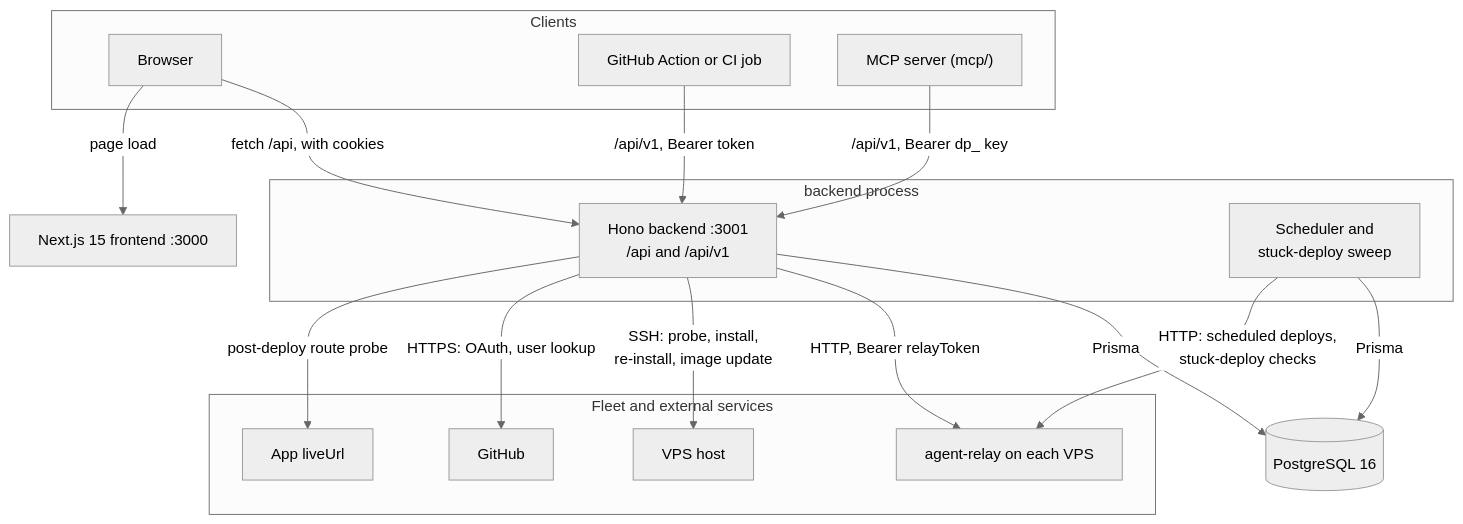
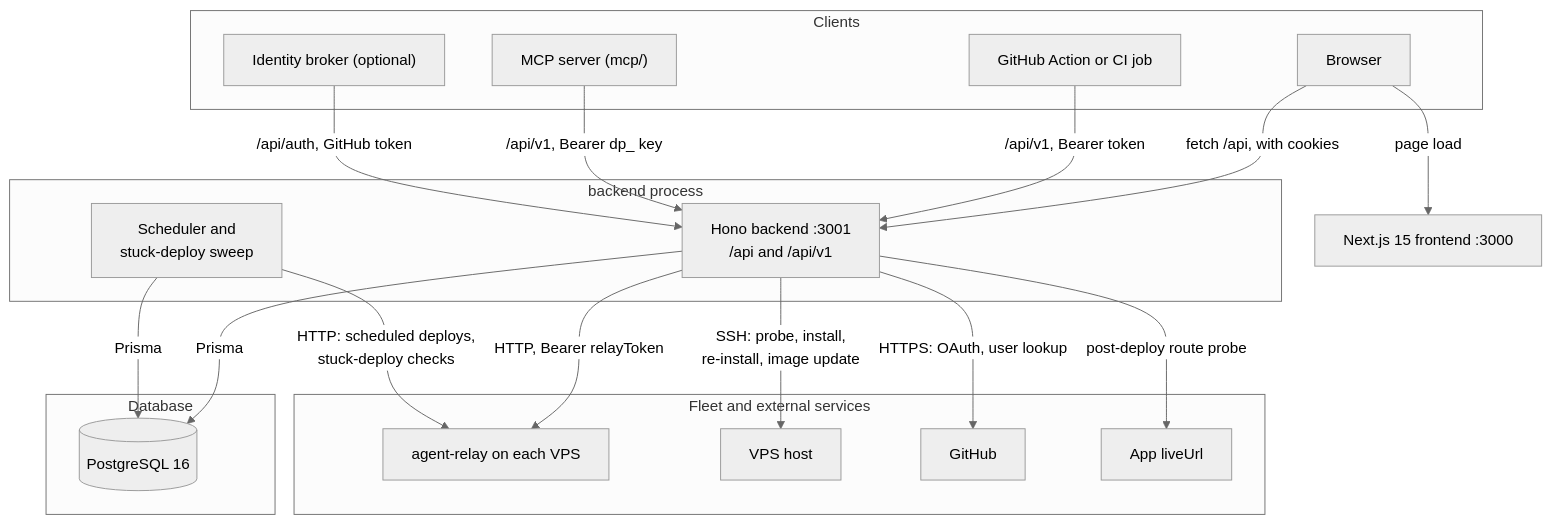
Before and after one commit to LanNguyenSi/deploy-panel: the first of 2 diagrams in docs/architecture.md, drawn with Mermaid (neutral theme). The commit also changed other lines of this file and 4 other files, not shown here.

First line of the commit message:
docs: tighten deploy outcome, diagram and SSE request wording

````diff
--- a/docs/architecture.md
+++ b/docs/architecture.md
@@ -9,31 +9,35 @@
 ```mermaid
 flowchart TD
   subgraph clients["Clients"]
     B["Browser"]
     CI["GitHub Action or CI job"]
     M["MCP server (mcp/)"]
+    IB["Identity broker (optional)"]
   end
   subgraph proc["backend process"]
     H["Hono backend :3001<br/>/api and /api/v1"]
     S["Scheduler and<br/>stuck-deploy sweep"]
   end
-  D[("PostgreSQL 16")]
+  subgraph db["Database"]
+    D[("PostgreSQL 16")]
+  end
   F["Next.js 15 frontend :3000"]
   subgraph ext["Fleet and external services"]
     R["agent-relay on each VPS"]
     V["VPS host"]
     G["GitHub"]
     L["App liveUrl"]
   end
   B -->|"fetch /api, with cookies"| H
   B -->|page load| F
   CI -->|"/api/v1, Bearer token"| H
   M -->|"/api/v1, Bearer dp_ key"| H
+  IB -->|"/api/auth, GitHub token"| H
   H -->|Prisma| D
   S -->|Prisma| D
   H -->|"HTTP, Bearer relayToken"| R
   S -->|"HTTP: scheduled deploys,<br/>stuck-deploy checks"| R
   H -->|"SSH: probe, install,<br/>re-install, image update"| V
   H -->|"HTTPS: OAuth, user lookup"| G
   H -->|post-deploy route probe| L
 ```
````
